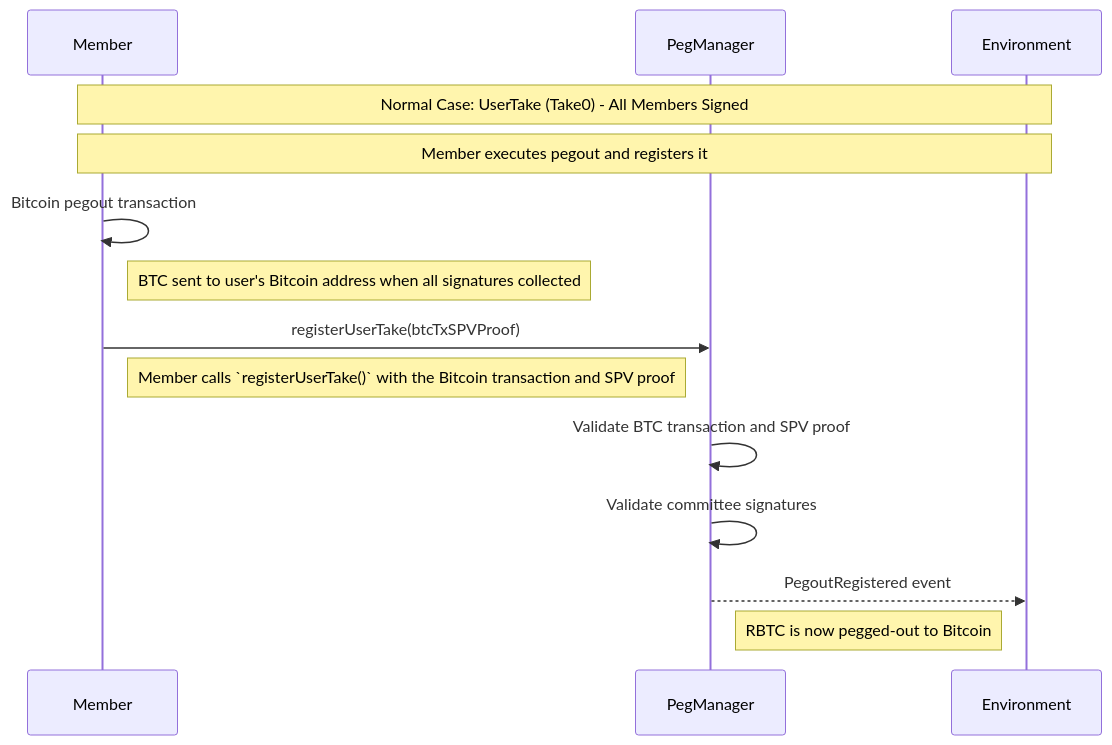
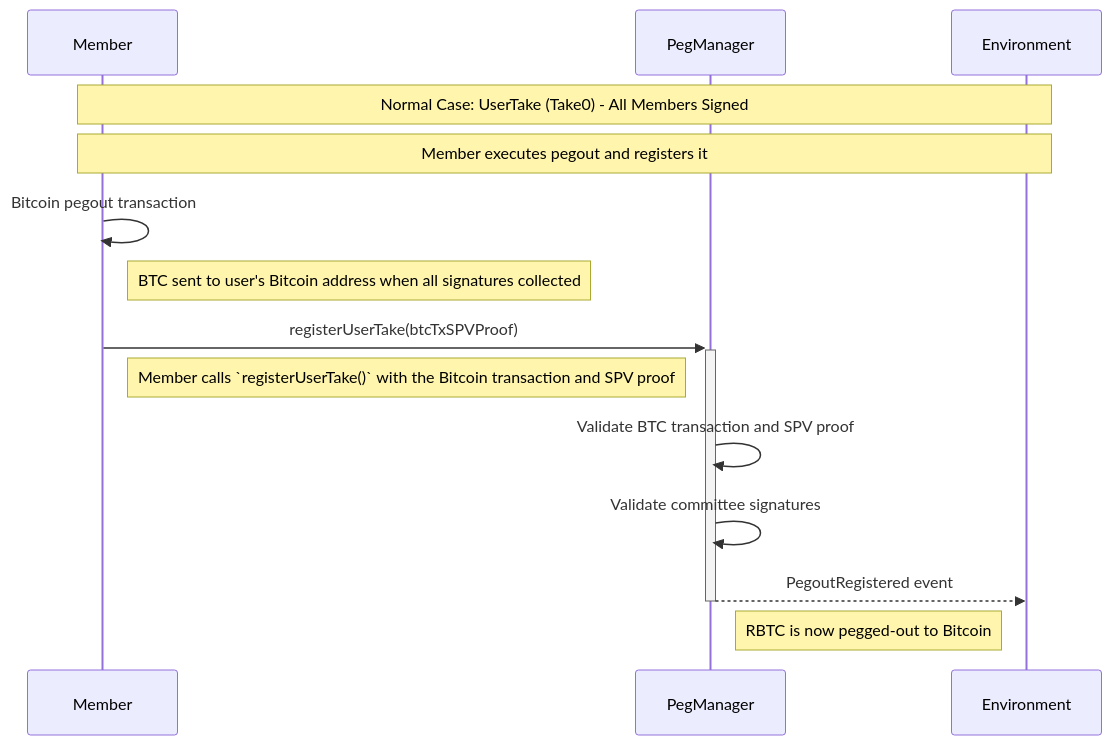
One commit to rsksmart/union-bridge-contracts changed the tenth of 12 diagrams in README.md. Above: the diagram before and after it, drawn with Mermaid. The commit also changed other lines of this file, not shown here.

Commit message:
Add Table of contents and architecture to README

````diff
--- a/README.md
+++ b/README.md
@@ -344,19 +484,19 @@
 ```mermaid
 sequenceDiagram
     participant M as Member
     participant PM as PegManager
     participant ENV as Environment
 
     Note over M,ENV: Normal Case: UserTake (Take0) - All Members Signed
     Note over M,ENV: Member executes pegout and registers it
 
     M->>M: Bitcoin pegout transaction
     Note right of M: BTC sent to user's Bitcoin address when all signatures collected
 
-    M->>PM: registerUserTake(btcTxSPVProof)
+    M->>+PM: registerUserTake(btcTxSPVProof)
     Note right of M: Member calls `registerUserTake()` with the Bitcoin transaction and SPV proof
     PM->>PM: Validate BTC transaction and SPV proof
     PM->>PM: Validate committee signatures
-    PM-->>ENV: PegoutRegistered event
+    PM-->>-ENV: PegoutRegistered event
     Note right of PM: RBTC is now pegged-out to Bitcoin
 ```
````
